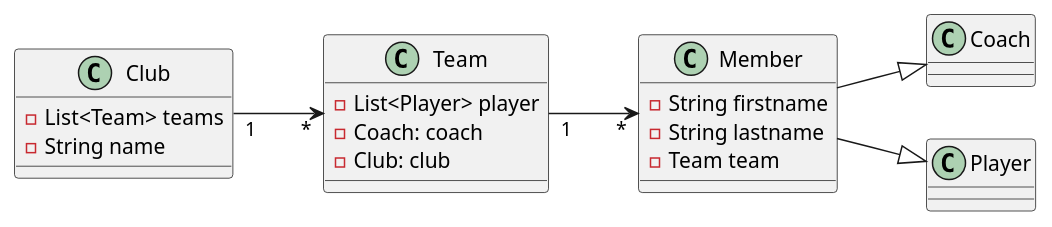
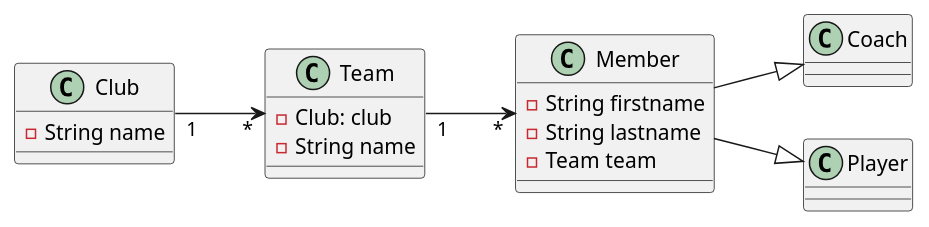
One commit to 2122-4ahif-nvs/01-microproject-philippkerschbaum changed the diagram in asciidocs/plantuml/class.puml. Above: the diagram before and after it, drawn with PlantUML. The commit also changed 5 other files, not shown here.

```diff
--- a/asciidocs/plantuml/class.puml
+++ b/asciidocs/plantuml/class.puml
@@ -1,32 +1,25 @@
 @startuml
 
 left to right direction
 
 class Club{
-    -List<Team> teams
     -String name
 }
+
+class Team{
+    -Club: club
+    -String name
+}
+
 class Member{
     -String firstname
     -String lastname
     -Team team
-}
-class Coach{
-
-}
-
-class Player{
-
-}
-class Team{
-    -List<Player> player
-    -Coach: coach
-    -Club: club
 }
 
 Club"1"-->"*"Team
 Team"1"-->"*"Member
 Member --|> Coach
 Member --|> Player
 
 @enduml
```
